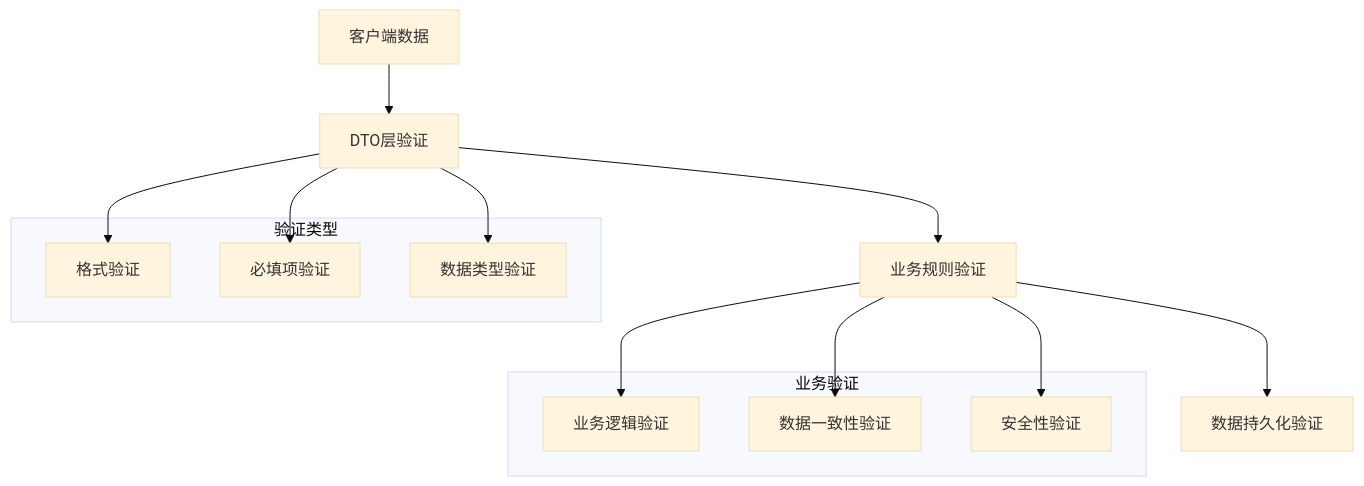
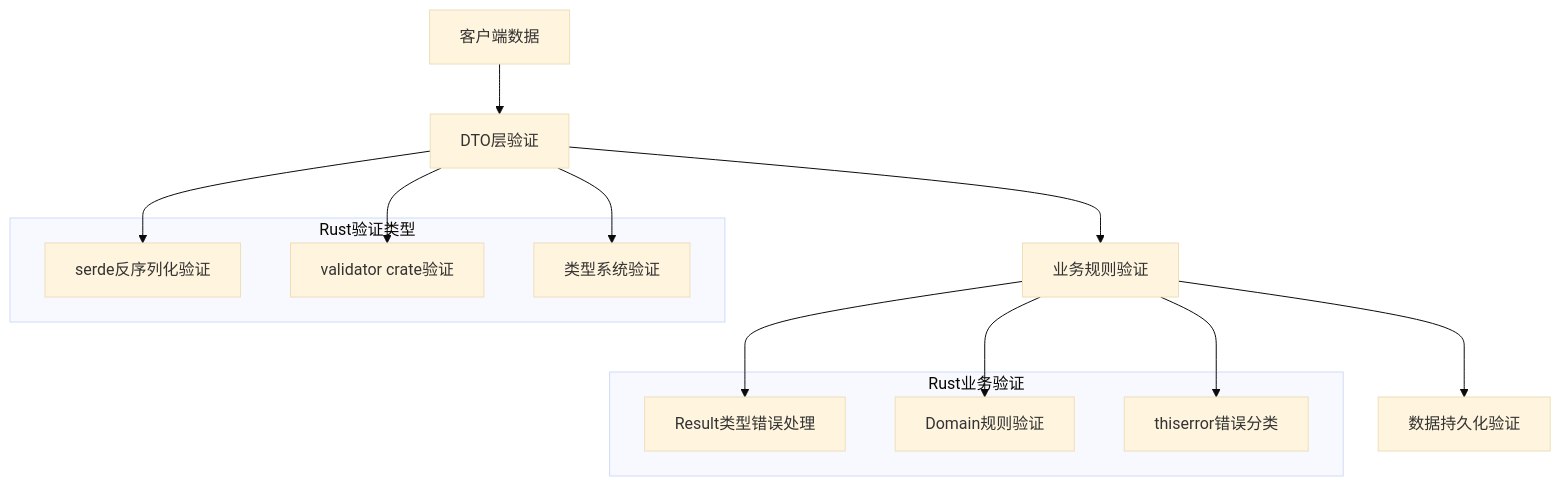
One commit to lornshrimp/Lorn.ADSP.Rust changed the eighth of 10 diagrams in docs_TecDesign/广告投放引擎/广告效果监测服务设计/广告效果监测服务数据结构设计.md. Above: the diagram before and after it, drawn with Mermaid (base theme). The commit also changed other lines of this file and 8 other files, not shown here.

````diff
--- a/docs_TecDesign/广告投放引擎/广告效果监测服务设计/广告效果监测服务数据结构设计.md
+++ b/docs_TecDesign/广告投放引擎/广告效果监测服务设计/广告效果监测服务数据结构设计.md
@@ -543,25 +2990,25 @@
 ```mermaid
 graph TD
     A[客户端数据] --> B[DTO层验证]
     B --> C[业务规则验证]
     C --> D[数据持久化验证]
     
-    subgraph "验证类型"
-        B1[格式验证]
-        B2[必填项验证]
-        B3[数据类型验证]
+    subgraph "Rust验证类型"
+        B1[serde反序列化验证]
+        B2[validator crate验证]
+        B3[类型系统验证]
     end
     
-    subgraph "业务验证"
-        C1[业务逻辑验证]
-        C2[数据一致性验证]
-        C3[安全性验证]
+    subgraph "Rust业务验证"
+        C1[Result类型错误处理]
+        C2[Domain规则验证]
+        C3[thiserror错误分类]
     end
     
     B --> B1
     B --> B2
     B --> B3
     C --> C1
     C --> C2
     C --> C3
 ```
````
